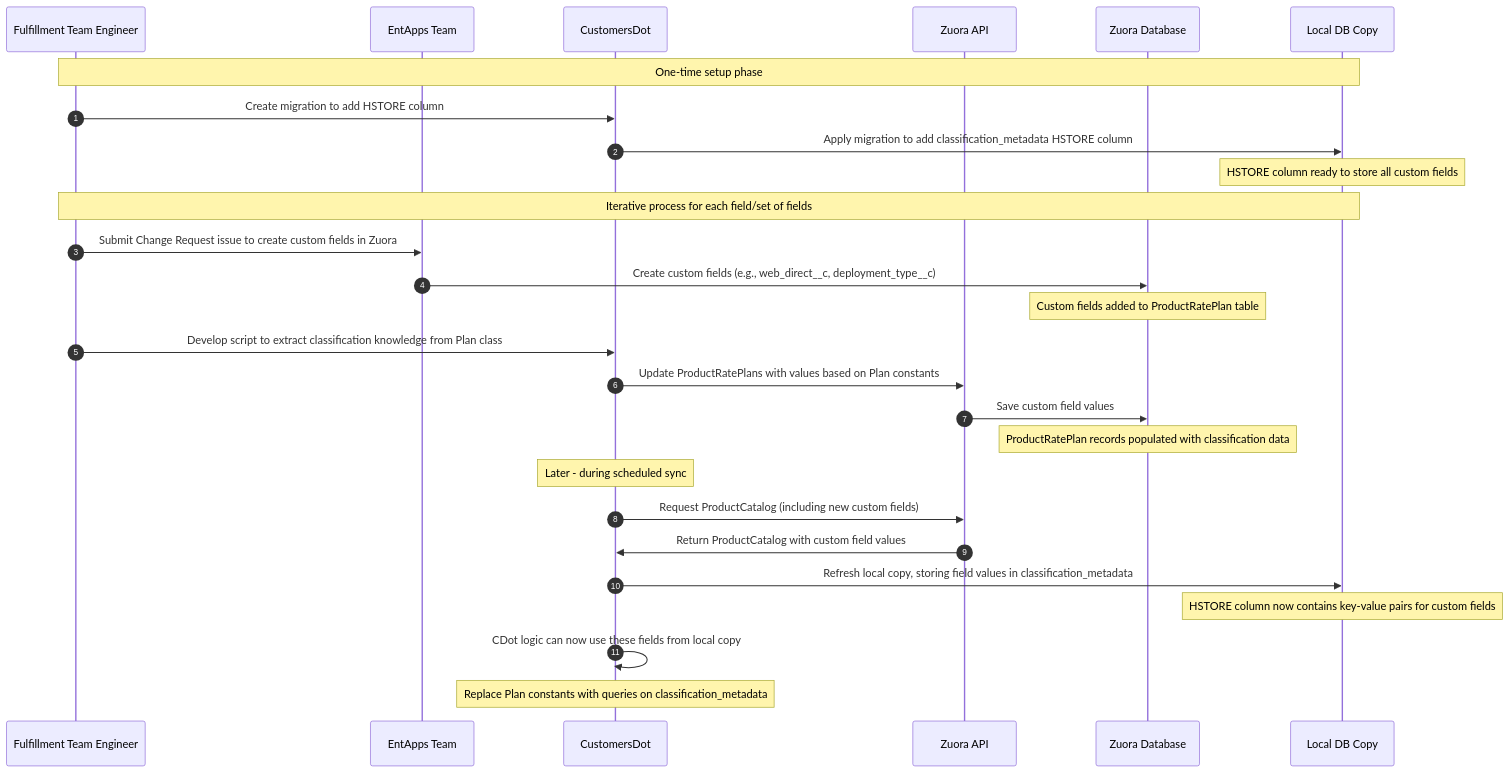
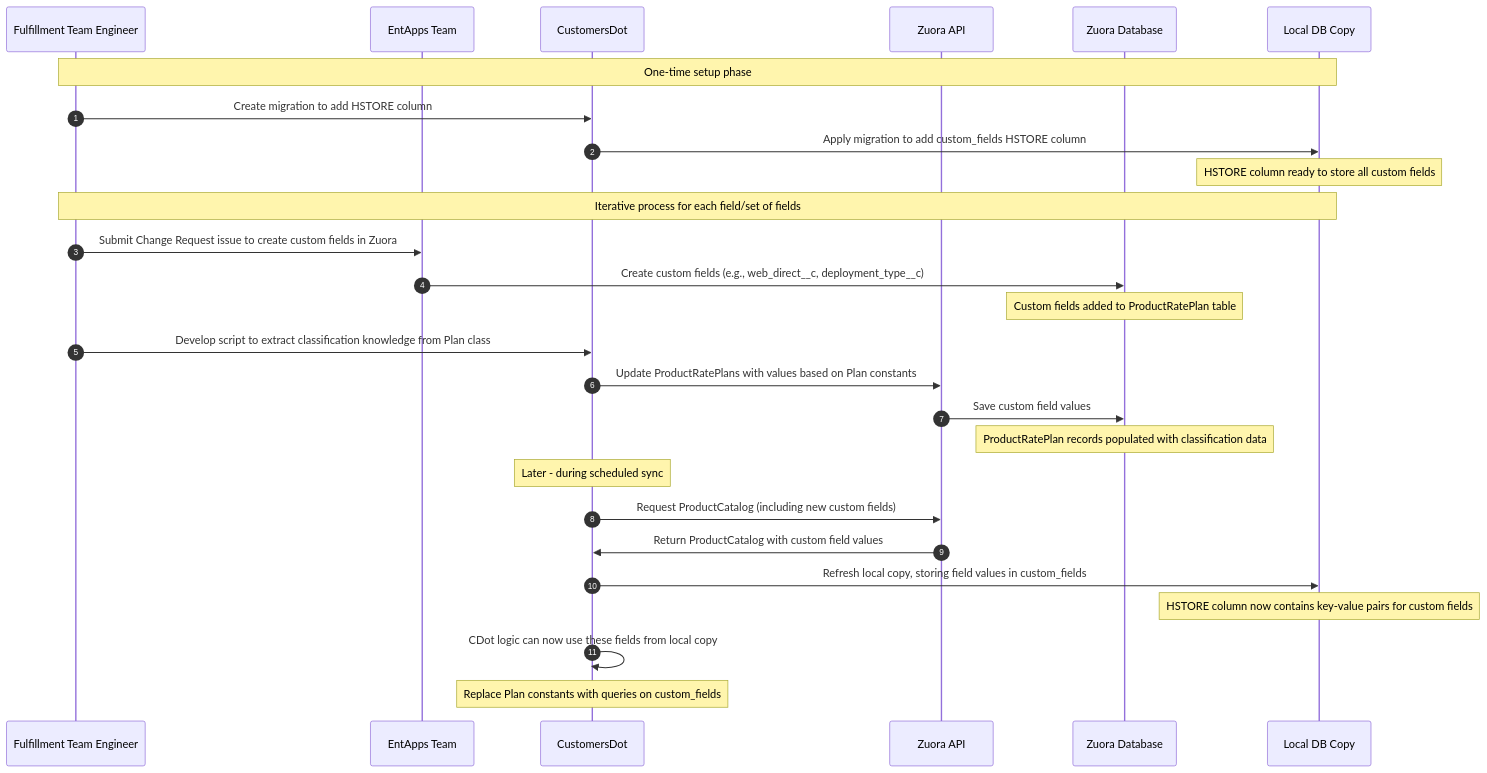
Before and after one commit to zalyoung/gitlab-handbook: the diagram in content/handbook/engineering/architecture/design-documents/cdot_plan_managment/_index.md, drawn with Mermaid. The commit also changed other lines of this file, not shown here.

````diff
--- a/content/handbook/engineering/architecture/design-documents/cdot_plan_managment/_index.md
+++ b/content/handbook/engineering/architecture/design-documents/cdot_plan_managment/_index.md
@@ -41,34 +39,34 @@
 ```mermaid
 sequenceDiagram
     autonumber
     participant FTE as Fulfillment Team Engineer
     participant EntApps as EntApps Team
     participant CDot as CustomersDot
     participant ZuoraAPI as Zuora API
     participant ZuoraDB as Zuora Database
     participant LocalDB as Local DB Copy
 
     Note over FTE, LocalDB: One-time setup phase
     FTE->>CDot: Create migration to add HSTORE column
-    CDot->>LocalDB: Apply migration to add classification_metadata HSTORE column
+    CDot->>LocalDB: Apply migration to add custom_fields HSTORE column
     Note over LocalDB: HSTORE column ready to store all custom fields
 
     Note over FTE, LocalDB: Iterative process for each field/set of fields
     FTE->>EntApps: Submit Change Request issue to create custom fields in Zuora
     EntApps->>ZuoraDB: Create custom fields (e.g., web_direct__c, deployment_type__c)
     Note over ZuoraDB: Custom fields added to ProductRatePlan table
 
     FTE->>CDot: Develop script to extract classification knowledge from Plan class
     CDot->>ZuoraAPI: Update ProductRatePlans with values based on Plan constants
     ZuoraAPI->>ZuoraDB: Save custom field values
     Note over ZuoraDB: ProductRatePlan records populated with classification data
 
     Note over CDot: Later - during scheduled sync
     CDot->>ZuoraAPI: Request ProductCatalog (including new custom fields)
     ZuoraAPI->>CDot: Return ProductCatalog with custom field values
-    CDot->>LocalDB: Refresh local copy, storing field values in classification_metadata
+    CDot->>LocalDB: Refresh local copy, storing field values in custom_fields
     Note over LocalDB: HSTORE column now contains key-value pairs for custom fields
 
     CDot->>CDot: CDot logic can now use these fields from local copy
-    Note over CDot: Replace Plan constants with queries on classification_metadata
+    Note over CDot: Replace Plan constants with queries on custom_fields
 ```
````
